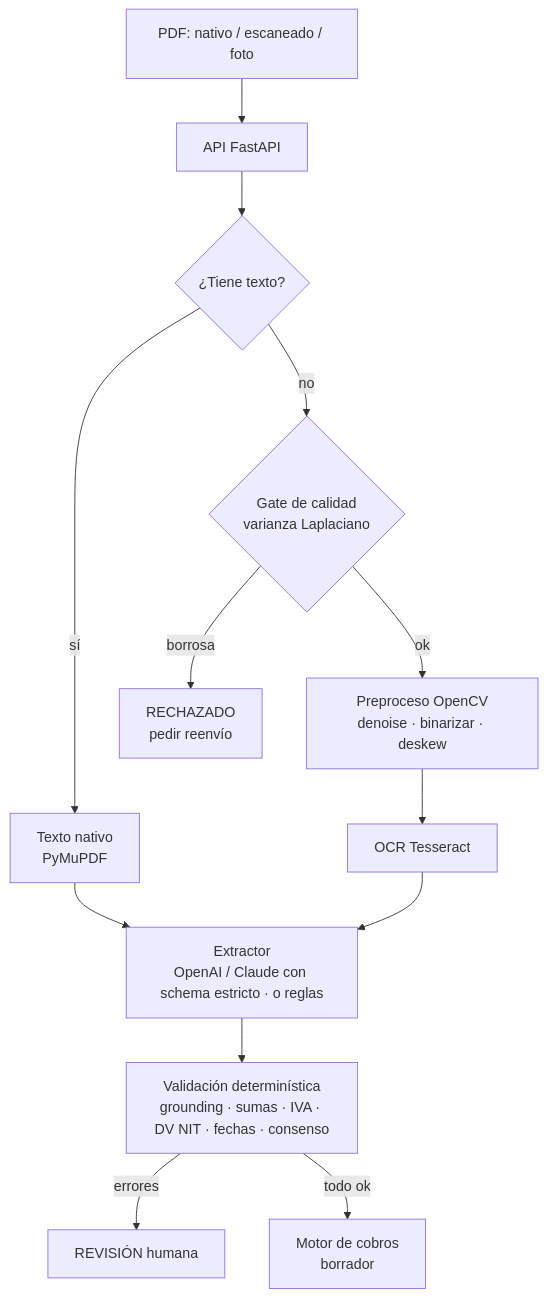
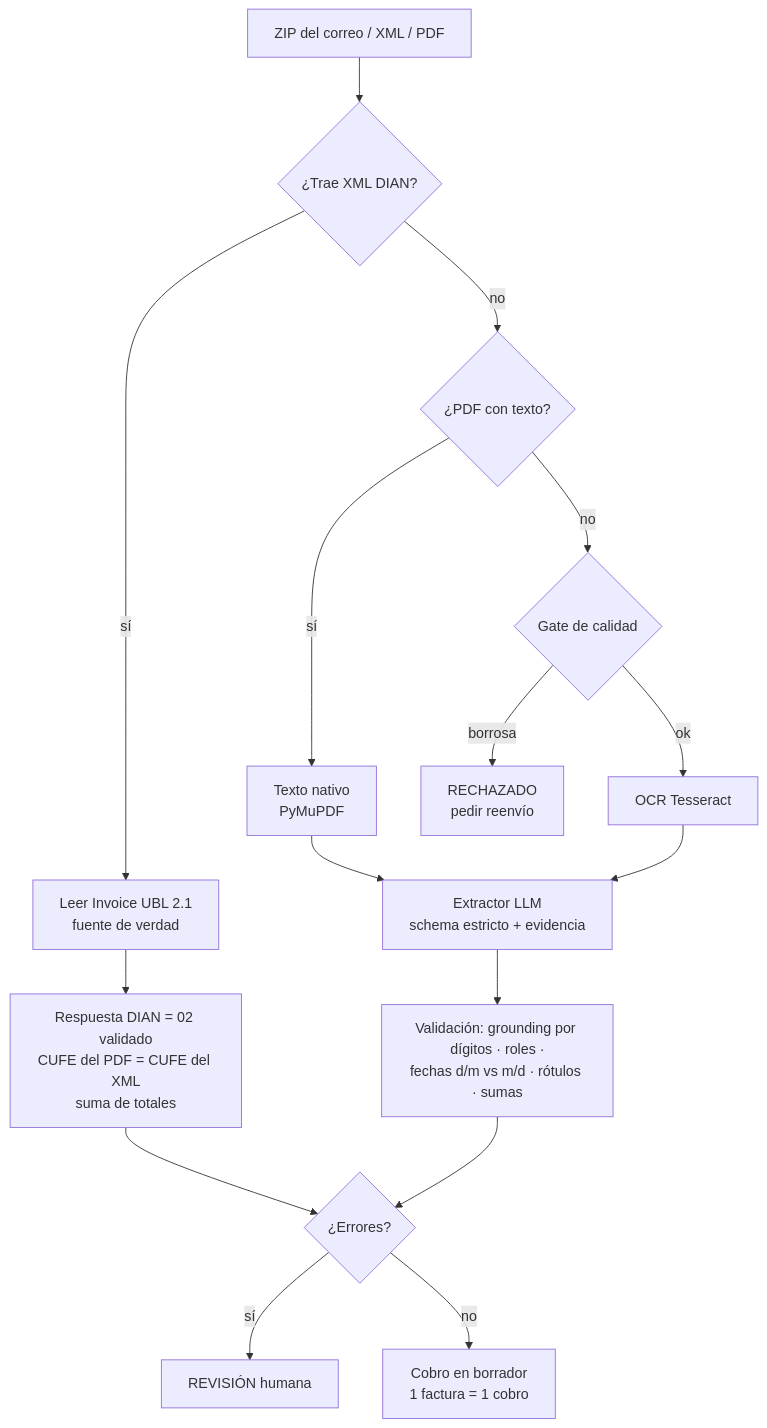
One commit to CamiloC0rtes/facturas-ia changed the diagram in README.md. Above: the diagram before and after it, drawn with Mermaid. The commit also changed other lines of this file and 13 other files, not shown here.

First line of the commit message:
v0.4: XML DIAN como fuente principal

````diff
--- a/README.md
+++ b/README.md
@@ -94,15 +116,18 @@
 ```mermaid
 flowchart TD
-    A[PDF: nativo / escaneado / foto] --> B[API FastAPI]
-    B --> C{¿Tiene texto?}
-    C -- sí --> D[Texto nativo<br/>PyMuPDF]
-    C -- no --> E{Gate de calidad<br/>varianza Laplaciano}
+    A[ZIP del correo / XML / PDF] --> B{¿Trae XML DIAN?}
+    B -- sí --> X[Leer Invoice UBL 2.1<br/>fuente de verdad]
+    X --> XV[Respuesta DIAN = 02 validado<br/>CUFE del PDF = CUFE del XML<br/>suma de totales]
+    XV --> D{¿Errores?}
+    B -- no --> C{¿PDF con texto?}
+    C -- sí --> T[Texto nativo<br/>PyMuPDF]
+    C -- no --> E{Gate de calidad}
     E -- borrosa --> R[RECHAZADO<br/>pedir reenvío]
-    E -- ok --> F[Preproceso OpenCV<br/>denoise · binarizar · deskew]
-    F --> G[OCR Tesseract]
-    D --> H[Extractor<br/>OpenAI / Claude con schema estricto · o reglas]
+    E -- ok --> G[OCR Tesseract]
+    T --> H[Extractor LLM<br/>schema estricto + evidencia]
     G --> H
-    H --> I[Validación determinística<br/>grounding · sumas · IVA · DV NIT · fechas · consenso]
-    I -- errores --> V[REVISIÓN humana]
-    I -- todo ok --> K[Motor de cobros<br/>borrador]
+    H --> I[Validación: grounding por dígitos · roles ·<br/>fechas d/m vs m/d · rótulos · sumas]
+    I --> D
+    D -- sí --> V[REVISIÓN humana]
+    D -- no --> K[Cobro en borrador<br/>1 factura = 1 cobro]
 ```
````
